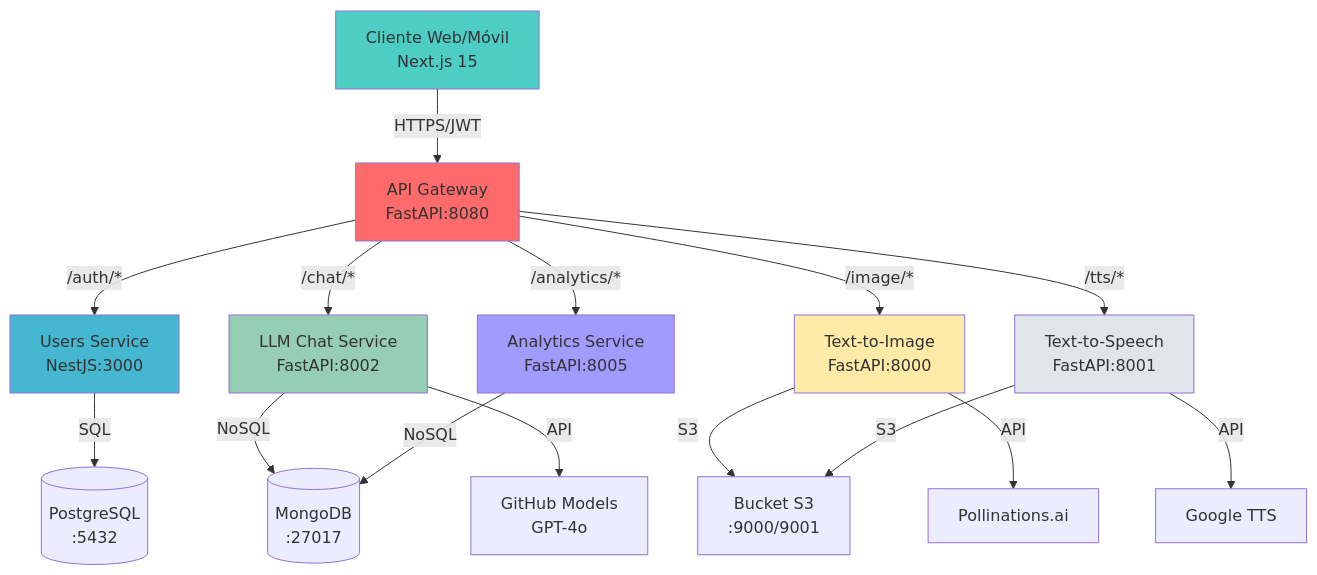
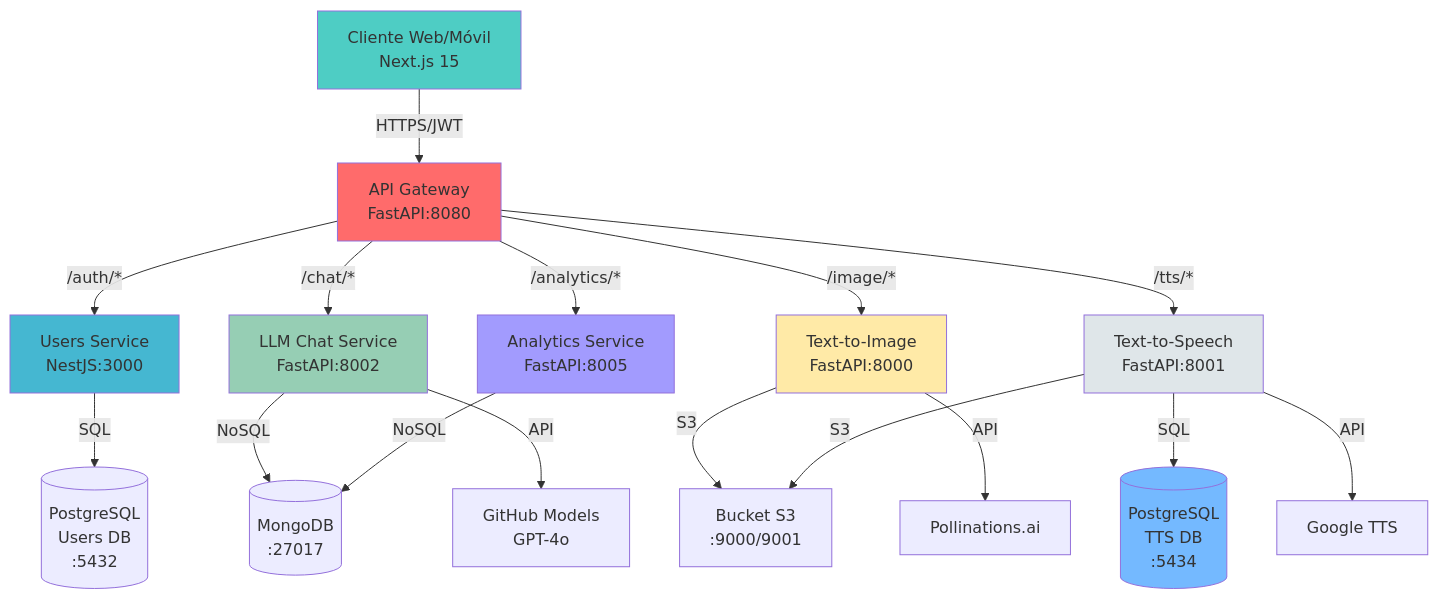
Before and after one commit to marcosotomac/proyecto-cloud: the diagram in README.md, drawn with Mermaid. The commit also changed other lines of this file and 17 other files, not shown here.

````diff
--- a/README.md
+++ b/README.md
@@ -49,32 +49,34 @@
 ```mermaid
 graph TB
     Client[Cliente Web/Móvil<br/>Next.js 15]
     Gateway[API Gateway<br/>FastAPI:8080]
 
     Client -->|HTTPS/JWT| Gateway
 
     Gateway -->|/auth/*| Users[Users Service<br/>NestJS:3000]
     Gateway -->|/chat/*| LLM[LLM Chat Service<br/>FastAPI:8002]
     Gateway -->|/image/*| Image[Text-to-Image<br/>FastAPI:8000]
     Gateway -->|/tts/*| Speech[Text-to-Speech<br/>FastAPI:8001]
     Gateway -->|/analytics/*| Analytics[Analytics Service<br/>FastAPI:8005]
 
-    Users -->|SQL| PG[(PostgreSQL<br/>:5432)]
+    Users -->|SQL| PG[(PostgreSQL<br/>Users DB<br/>:5432)]
+    Speech -->|SQL| PGTTS[(PostgreSQL<br/>TTS DB<br/>:5434)]
     LLM -->|NoSQL| Mongo[(MongoDB<br/>:27017)]
     Analytics -->|NoSQL| Mongo
 
     Image -->|S3| Bucket[Bucket S3<br/>:9000/9001]
     Speech -->|S3| Bucket
 
     LLM -->|API| GitHub[GitHub Models<br/>GPT-4o]
     Image -->|API| Poll[Pollinations.ai]
     Speech -->|API| GTTS[Google TTS]
 
     style Gateway fill:#ff6b6b
     style Client fill:#4ecdc4
     style Users fill:#45b7d1
     style LLM fill:#96ceb4
     style Image fill:#ffeaa7
     style Speech fill:#dfe6e9
     style Analytics fill:#a29bfe
+    style PGTTS fill:#74b9ff
 ```
````
